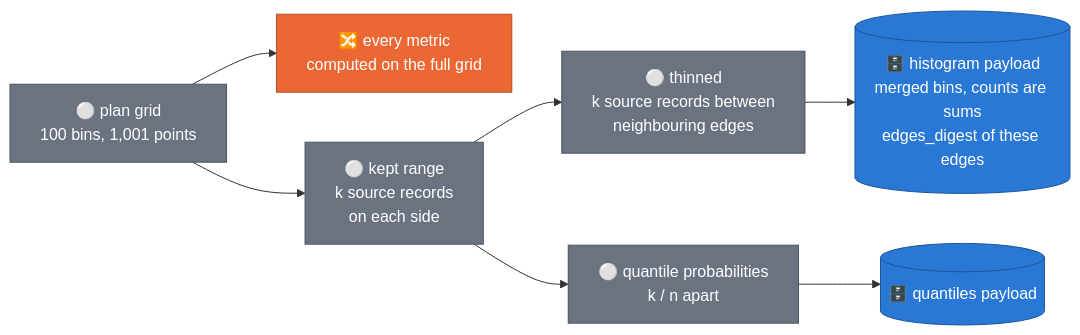
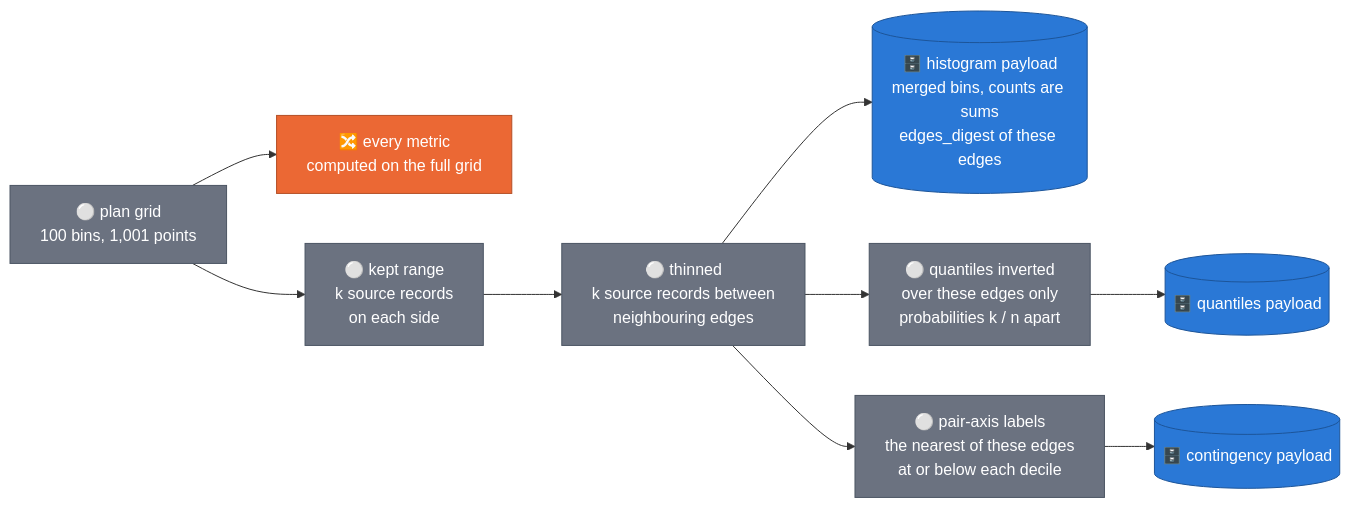
Before and after one commit to albertols/synthetic-llm-dataflow-bigquery: diagram 17 of 28 in docs/designs/2026-07-07-evaluation-framework-design.md, drawn with Mermaid. The commit also changed other lines of this file and 4 other files, not shown here.

````diff
--- a/docs/designs/2026-07-07-evaluation-framework-design.md
+++ b/docs/designs/2026-07-07-evaluation-framework-design.md
@@ -1130,11 +1141,12 @@
 ```mermaid
 flowchart LR
   classDef beam  fill:#eb6834,color:#fff,stroke:#b44f26
   classDef data  fill:#6b7280,color:#fff,stroke:#4b5563
   classDef store fill:#2a78d6,color:#fff,stroke:#1d5599
   G["⚪ plan grid<br/>100 bins, 1,001 points"]:::data --> M["🔀 every metric<br/>computed on the full grid"]:::beam
   G --> K["⚪ kept range<br/>k source records<br/>on each side"]:::data
   K --> T["⚪ thinned<br/>k source records between<br/>neighbouring edges"]:::data
   T --> H[("🗄️ histogram payload<br/>merged bins, counts are sums<br/>edges_digest of these edges")]:::store
-  K --> Q["⚪ quantile probabilities<br/>k / n apart"]:::data --> P[("🗄️ quantiles payload")]:::store
+  T --> Q["⚪ quantiles inverted<br/>over these edges only<br/>probabilities k / n apart"]:::data --> P[("🗄️ quantiles payload")]:::store
+  T --> X["⚪ pair-axis labels<br/>the nearest of these edges<br/>at or below each decile"]:::data --> C[("🗄️ contingency payload")]:::store
 ```
````
